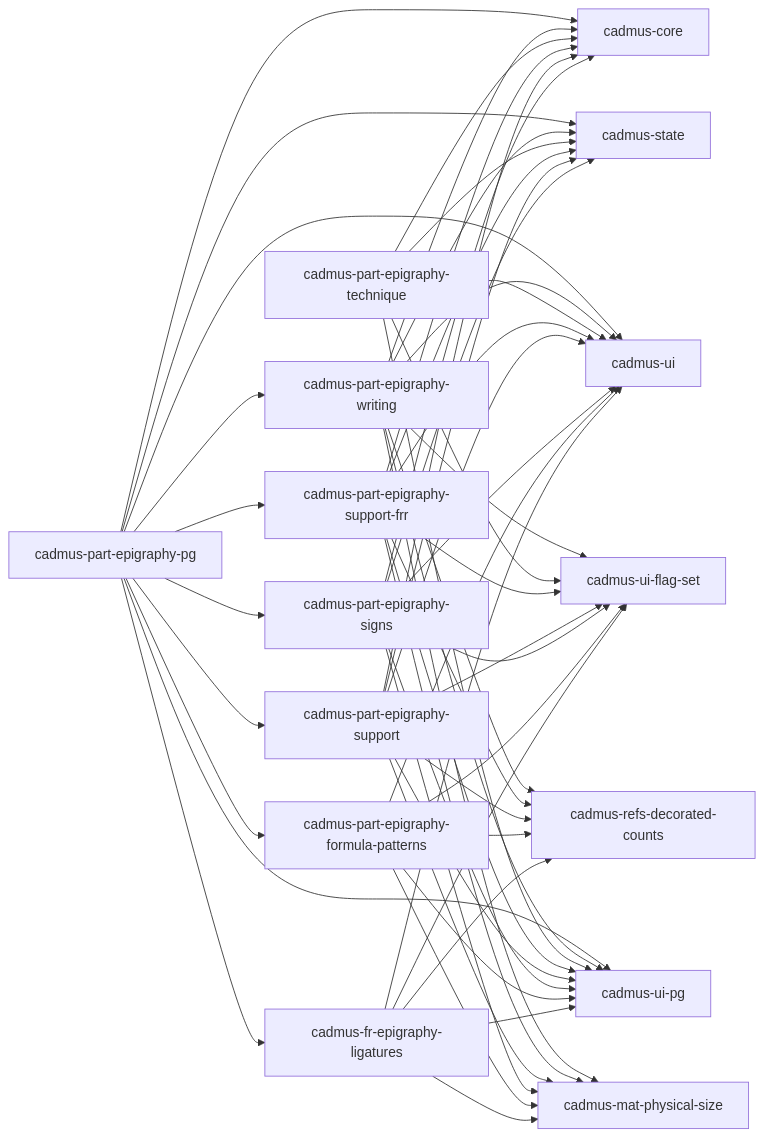
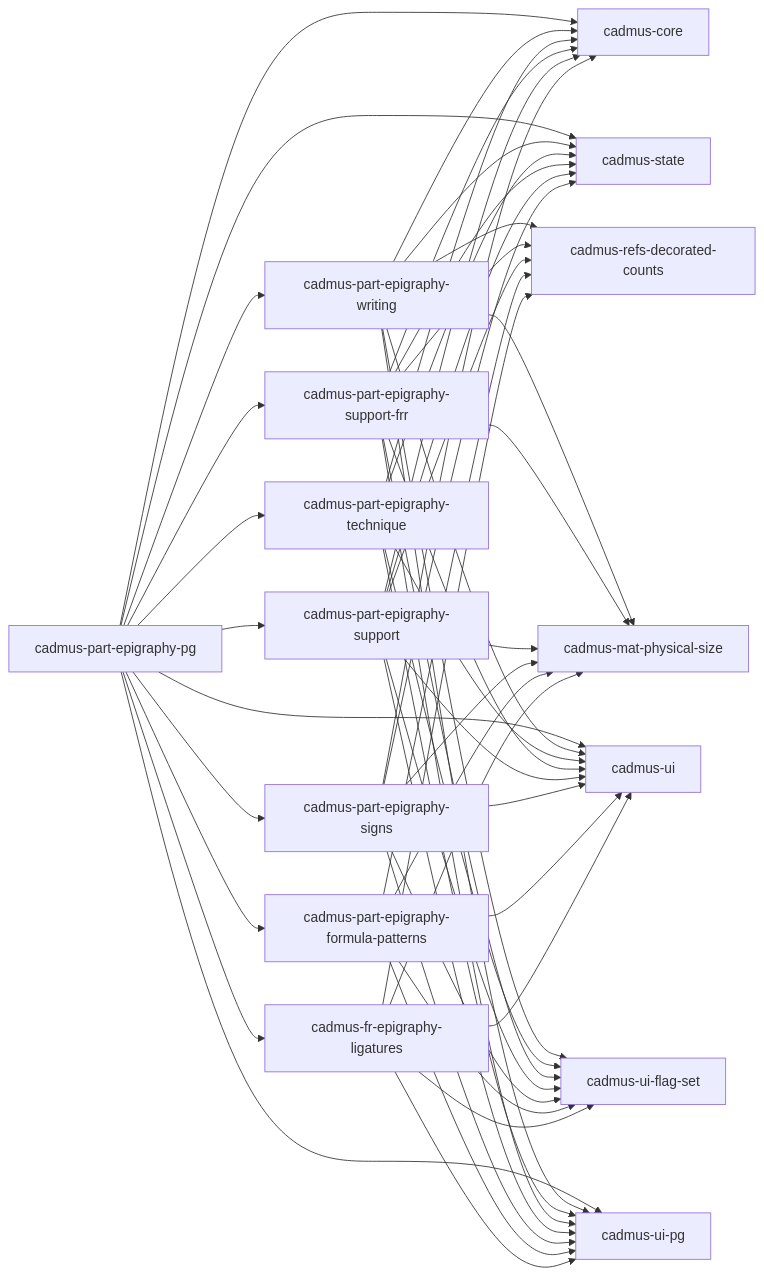
Before and after one commit to vedph/cadmus-epigraphy-shell: the diagram in README.md, drawn with Mermaid. The commit also changed other lines of this file and 24 other files, not shown here.

````diff
--- a/README.md
+++ b/README.md
@@ -20,55 +20,56 @@
 ```mermaid
 graph LR;
   cadmus-fr-epigraphy-ligatures --> cadmus-mat-physical-size
   cadmus-fr-epigraphy-ligatures --> cadmus-refs-decorated-counts
   cadmus-fr-epigraphy-ligatures --> cadmus-ui-flag-set
   cadmus-fr-epigraphy-ligatures --> cadmus-ui
   cadmus-fr-epigraphy-ligatures --> cadmus-ui-pg
   cadmus-part-epigraphy-formula-patterns --> cadmus-mat-physical-size
   cadmus-part-epigraphy-formula-patterns --> cadmus-refs-decorated-counts
   cadmus-part-epigraphy-formula-patterns --> cadmus-ui-flag-set
   cadmus-part-epigraphy-formula-patterns --> cadmus-ui
   cadmus-part-epigraphy-formula-patterns --> cadmus-ui-pg
   cadmus-part-epigraphy-signs --> cadmus-mat-physical-size
   cadmus-part-epigraphy-signs --> cadmus-ui-flag-set
   cadmus-part-epigraphy-signs --> cadmus-core
   cadmus-part-epigraphy-signs --> cadmus-state
   cadmus-part-epigraphy-signs --> cadmus-ui
   cadmus-part-epigraphy-signs --> cadmus-ui-pg
   cadmus-part-epigraphy-support --> cadmus-refs-decorated-counts
   cadmus-part-epigraphy-support --> cadmus-ui-flag-set
   cadmus-part-epigraphy-support --> cadmus-mat-physical-size
   cadmus-part-epigraphy-support --> cadmus-core
   cadmus-part-epigraphy-support --> cadmus-state
   cadmus-part-epigraphy-support --> cadmus-ui
   cadmus-part-epigraphy-support --> cadmus-ui-pg
   cadmus-part-epigraphy-support-frr --> cadmus-refs-decorated-counts
   cadmus-part-epigraphy-support-frr --> cadmus-ui-flag-set
   cadmus-part-epigraphy-support-frr --> cadmus-mat-physical-size
   cadmus-part-epigraphy-support-frr --> cadmus-core
   cadmus-part-epigraphy-support-frr --> cadmus-state
   cadmus-part-epigraphy-support-frr --> cadmus-ui
   cadmus-part-epigraphy-support-frr --> cadmus-ui-pg
   cadmus-part-epigraphy-technique --> cadmus-ui-flag-set
   cadmus-part-epigraphy-technique --> cadmus-core
   cadmus-part-epigraphy-technique --> cadmus-state
   cadmus-part-epigraphy-technique --> cadmus-ui
   cadmus-part-epigraphy-technique --> cadmus-ui-pg
   cadmus-part-epigraphy-writing --> cadmus-mat-physical-size
   cadmus-part-epigraphy-writing --> cadmus-refs-decorated-counts
   cadmus-part-epigraphy-writing --> cadmus-ui-flag-set
   cadmus-part-epigraphy-writing --> cadmus-core
   cadmus-part-epigraphy-writing --> cadmus-state
   cadmus-part-epigraphy-writing --> cadmus-ui
   cadmus-part-epigraphy-writing --> cadmus-ui-pg
   cadmus-part-epigraphy-pg --> cadmus-core
   cadmus-part-epigraphy-pg --> cadmus-state
   cadmus-part-epigraphy-pg --> cadmus-ui
   cadmus-part-epigraphy-pg --> cadmus-ui-pg
   cadmus-part-epigraphy-pg --> cadmus-part-epigraphy-support
   cadmus-part-epigraphy-pg --> cadmus-part-epigraphy-support-frr
   cadmus-part-epigraphy-pg --> cadmus-part-epigraphy-writing
+  cadmus-part-epigraphy-pg --> cadmus-part-epigraphy-technique
   cadmus-part-epigraphy-pg --> cadmus-part-epigraphy-signs
   cadmus-part-epigraphy-pg --> cadmus-fr-epigraphy-ligatures
   cadmus-part-epigraphy-pg --> cadmus-part-epigraphy-formula-patterns
 ```
````
